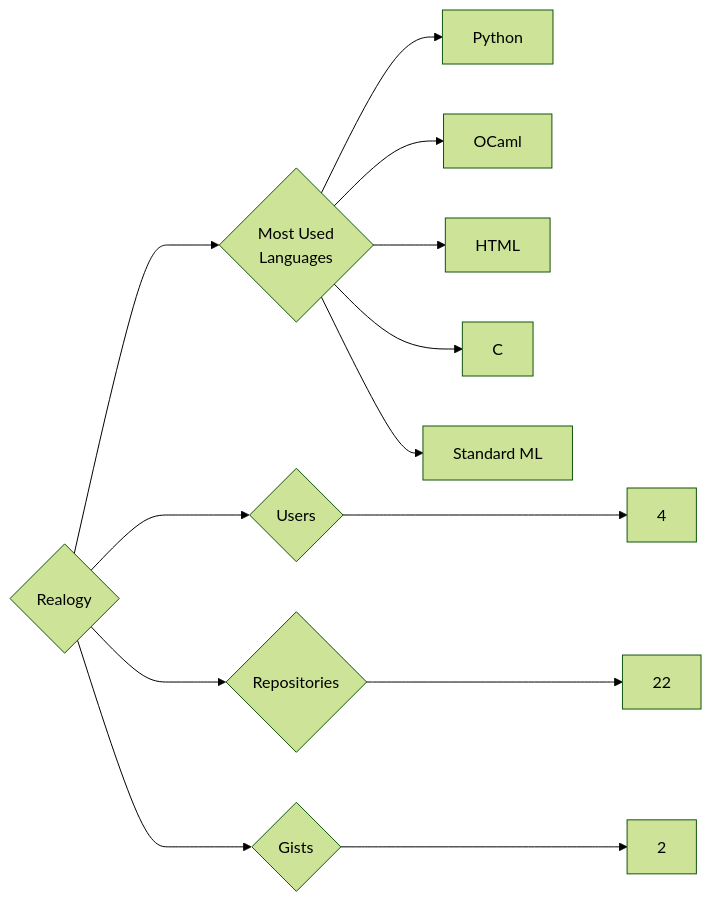
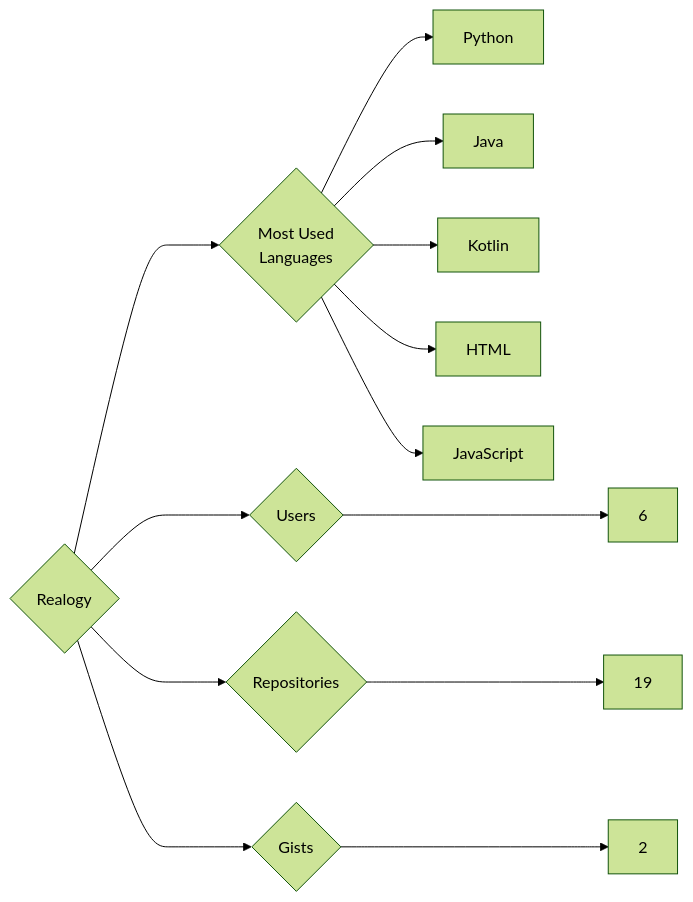
The diagram in targets/Realogy/README.md (trickest/insiders), drawn with Mermaid (forest theme) before and after one commit. The commit also changed 773 other files, not shown here.

````diff
--- a/targets/Realogy/README.md
+++ b/targets/Realogy/README.md
@@ -3,13 +3,13 @@
 ```mermaid
 graph LR
 COMPANY_NAME{Realogy}
-COMPANY_NAME ---> U{Users} ---> UN[4]
-COMPANY_NAME ---> R{Repositories} ---> RN[22]
+COMPANY_NAME ---> U{Users} ---> UN[6]
+COMPANY_NAME ---> R{Repositories} ---> RN[19]
 COMPANY_NAME ---> G{Gists} ---> GN[2]
 COMPANY_NAME ---> ML{Most Used<br>Languages}
 ML --> Python[Python]
-ML --> OCaml[OCaml]
+ML --> Java[Java]
+ML --> Kotlin[Kotlin]
 ML --> HTML[HTML]
-ML --> C[C]
-ML --> Standard_ML[Standard ML]
+ML --> JavaScript[JavaScript]
 ```
````
